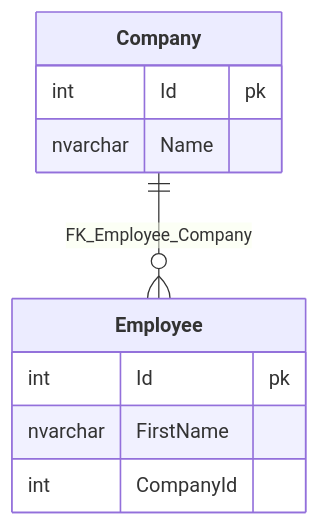
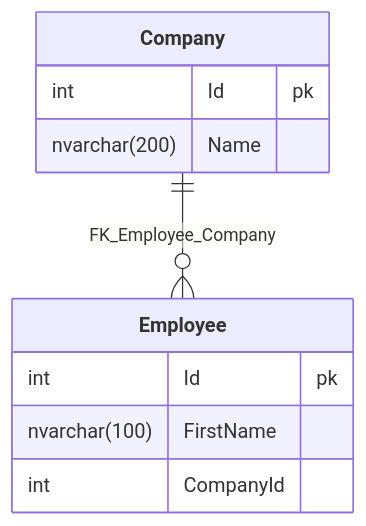
One commit to SimonCropp/DbToMermaid changed the diagram in src/SqlServerToMermaidTool.Tests/IntegrationTests.ConnectionString_ToMarkdown.verified.md. Above: the diagram before and after it, drawn with Mermaid. The commit also changed 26 other files, not shown here.

````diff
--- a/src/SqlServerToMermaidTool.Tests/IntegrationTests.ConnectionString_ToMarkdown.verified.md
+++ b/src/SqlServerToMermaidTool.Tests/IntegrationTests.ConnectionString_ToMarkdown.verified.md
@@ -1,13 +1,13 @@
 ```mermaid
 erDiagram
   Company["**Company**"] {
     int Id pk
-    nvarchar Name
+    nvarchar(200) Name
   }
   Employee["**Employee**"] {
     int Id pk
-    nvarchar FirstName
+    nvarchar(100) FirstName
     int CompanyId
   }
   Company ||--o{ Employee : "FK_Employee_Company"
 ```
````
